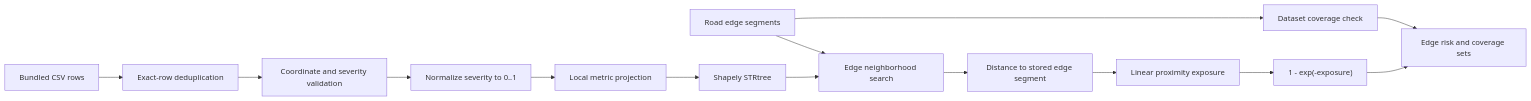
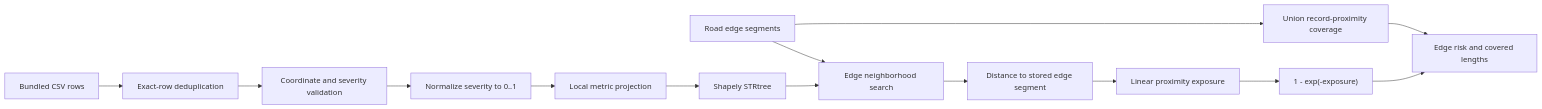
One commit to K2K22K2K22/SafePath changed the third of 6 diagrams in docs/ARCHITECTURE.md. Above: the diagram before and after it, drawn with Mermaid. The commit also changed other lines of this file and 22 other files, not shown here.

````diff
--- a/docs/ARCHITECTURE.md
+++ b/docs/ARCHITECTURE.md
@@ -154,16 +154,16 @@
 ```mermaid
 flowchart LR
     CSV[Bundled CSV rows] --> Dedup[Exact-row deduplication]
     Dedup --> Valid[Coordinate and severity validation]
     Valid --> Normalize[Normalize severity to 0..1]
     Normalize --> Project[Local metric projection]
     Project --> Tree[Shapely STRtree]
     Graph[Road edge segments] --> Search[Edge neighborhood search]
     Tree --> Search
     Search --> Distance[Distance to stored edge segment]
     Distance --> Exposure[Linear proximity exposure]
     Exposure --> Risk["1 - exp(-exposure)"]
-    Graph --> Coverage[Dataset coverage check]
-    Coverage --> Result[Edge risk and coverage sets]
+    Graph --> Coverage[Union record-proximity coverage]
+    Coverage --> Result[Edge risk and covered lengths]
     Risk --> Result
 ```
````
